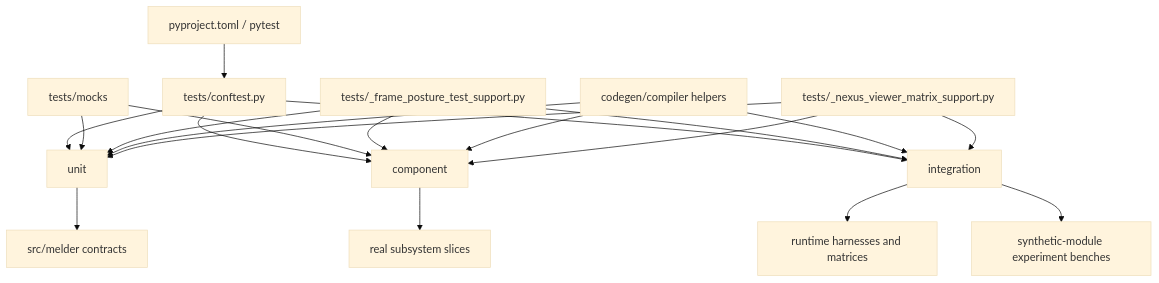
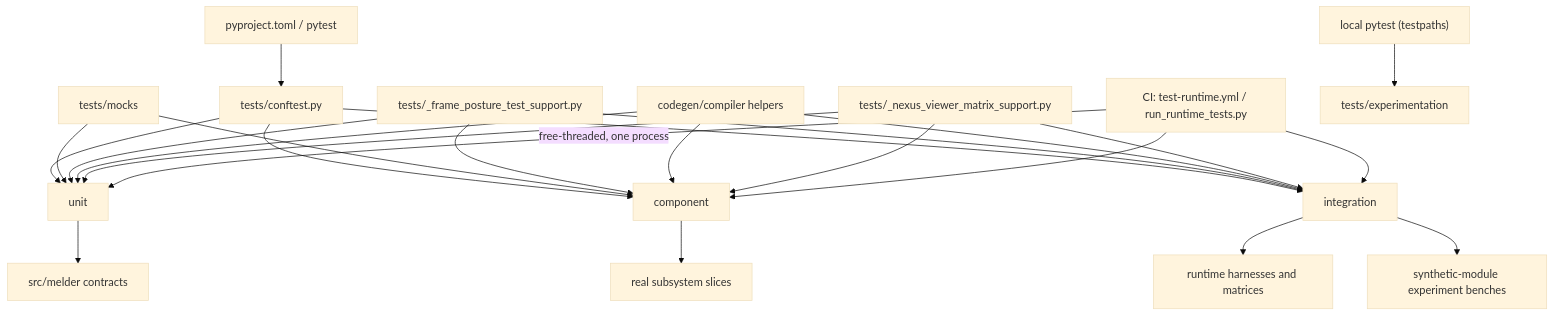
Before and after one commit to Synaptic724/melder: the diagram in context_compass/system_docs/tests_architecture.md, drawn with Mermaid (base theme). The commit also changed other lines of this file and 15 other files, not shown here.

Commit message:
Apply `door-route-key`-based root guard optimizations across `generalized_hydrator.py`, `site_plan_lowering.py`, and `site_plan_override_runtime.py`; refresh `tests_architecture.md` with updated CI and testing details.

````diff
--- a/context_compass/system_docs/tests_architecture.md
+++ b/context_compass/system_docs/tests_architecture.md
@@ -634,22 +771,26 @@
 ```mermaid
 graph TD
   P["pyproject.toml / pytest"] --> C["tests/conftest.py"]
   C --> U["unit"]
   C --> CP["component"]
   C --> I["integration"]
   U --> S["src/melder contracts"]
   CP --> R["real subsystem slices"]
   I --> H["runtime harnesses and matrices"]
   I --> E["synthetic-module experiment benches"]
   M["tests/mocks"] --> U
   M --> CP
   FP["tests/_frame_posture_test_support.py"] --> U
   FP --> CP
   FP --> I
   CG["codegen/compiler helpers"] --> U
   CG --> CP
   CG --> I
   SH["tests/_nexus_viewer_matrix_support.py"] --> U
   SH --> CP
   SH --> I
+  CI["CI: test-runtime.yml / run_runtime_tests.py"] -->|"free-threaded, one process"| U
+  CI --> CP
+  CI --> I
+  L["local pytest (testpaths)"] --> X["tests/experimentation"]
 ```
````
